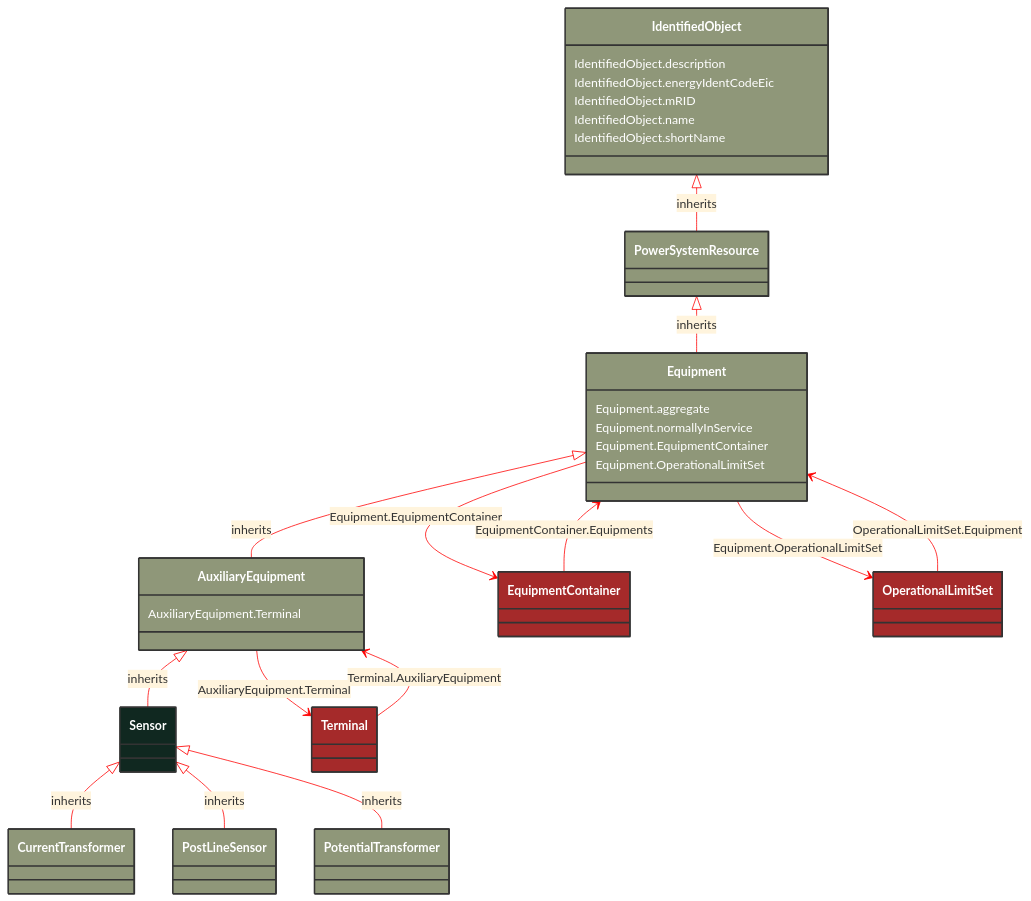
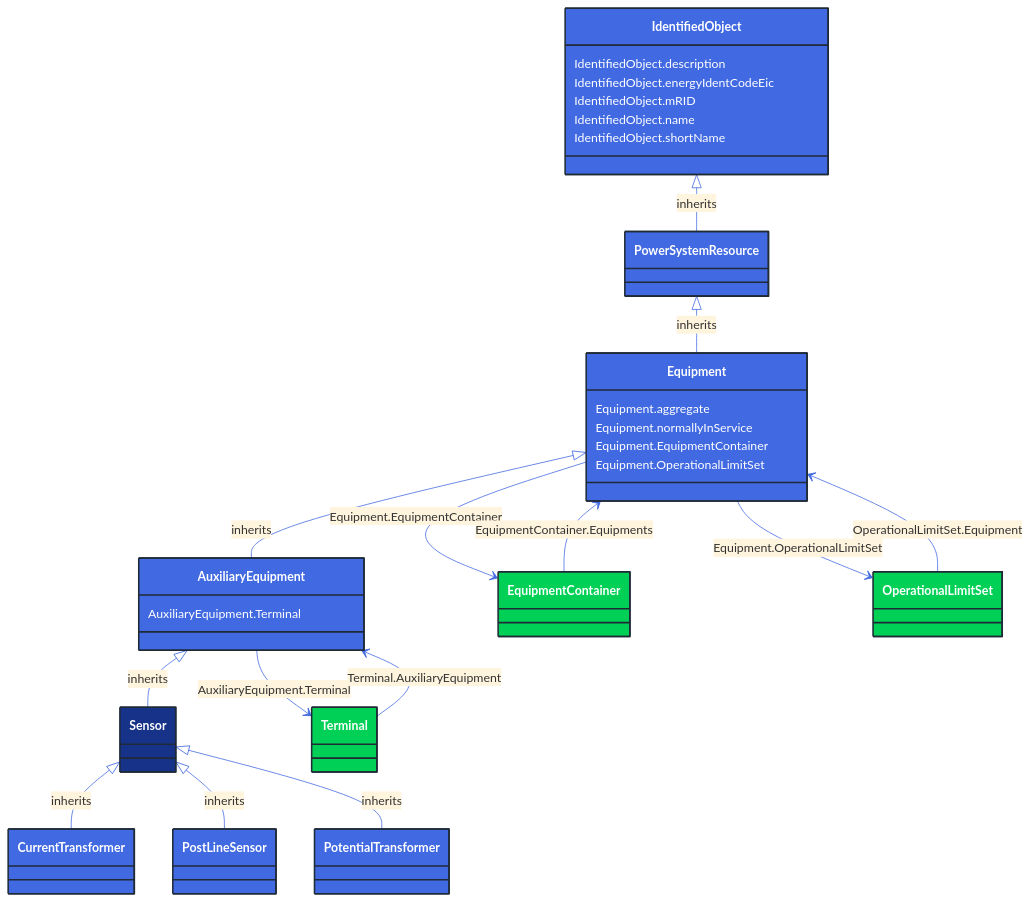
One commit to 3lbits/NoCIMExtensions changed the diagram in docs/Models/Profiles/CoreEquipment/AbstractClasses/Sensor.md. Above: the diagram before and after it, drawn with Mermaid. The commit also changed 362 other files, not shown here.

First line of the commit message:
Update diagrams and styles for improved visual consistency

````diff
--- a/docs/Models/Profiles/CoreEquipment/AbstractClasses/Sensor.md
+++ b/docs/Models/Profiles/CoreEquipment/AbstractClasses/Sensor.md
@@ -10,77 +10,77 @@
 ```mermaid
-%%{init: {'theme':'base','themeVariables': {'lineColor': '#FF0000'}}}%%
+%%{init: {'theme':'base','themeVariables': {'lineColor': '#4169E1'}}}%%
 classDiagram
     class Sensor
     click Sensor href "/Models/Profiles/CoreEquipment/AbstractClasses/Sensor/"
-    style Sensor fill:#102820,stroke:#333,stroke-width:2px,rx:10,ry:10,color:white
+    style Sensor fill:#163289,stroke:#1F2A37,stroke-width:2px,rx:10,ry:10,color:white
 
         Sensor <|-- CurrentTransformer : inherits
 
         CurrentTransformer
             click CurrentTransformer href "/Models/Profiles/CoreEquipment/ConcreteClasses/CurrentTransformer/"
-            style CurrentTransformer fill:#8F9779,stroke:#333,stroke-width:2px,rx:10,ry:10,color:white
+            style CurrentTransformer fill:#4169E1,stroke:#1F2A37,stroke-width:2px,rx:10,ry:10,color:white
 
         Sensor <|-- PostLineSensor : inherits
 
         PostLineSensor
             click PostLineSensor href "/Models/Profiles/CoreEquipment/ConcreteClasses/PostLineSensor/"
-            style PostLineSensor fill:#8F9779,stroke:#333,stroke-width:2px,rx:10,ry:10,color:white
+            style PostLineSensor fill:#4169E1,stroke:#1F2A37,stroke-width:2px,rx:10,ry:10,color:white
 
         Sensor <|-- PotentialTransformer : inherits
 
         PotentialTransformer
             click PotentialTransformer href "/Models/Profiles/CoreEquipment/ConcreteClasses/PotentialTransformer/"
-            style PotentialTransformer fill:#8F9779,stroke:#333,stroke-width:2px,rx:10,ry:10,color:white
+            style PotentialTransformer fill:#4169E1,stroke:#1F2A37,stroke-width:2px,rx:10,ry:10,color:white
      
         AuxiliaryEquipment <|-- Sensor : inherits
             click AuxiliaryEquipment href "/Models/Profiles/CoreEquipment/AbstractClasses/AuxiliaryEquipment/"
-            style AuxiliaryEquipment fill:#8F9779,stroke:#333,stroke-width:2px,rx:10,ry:10,color:white
+            style AuxiliaryEquipment fill:#4169E1,stroke:#1F2A37,stroke-width:2px,rx:10,ry:10,color:white
      
         Equipment <|-- AuxiliaryEquipment : inherits
             click Equipment href "/Models/Profiles/CoreEquipment/AbstractClasses/Equipment/"
-            style Equipment fill:#8F9779,stroke:#333,stroke-width:2px,rx:10,ry:10,color:white
+            style Equipment fill:#4169E1,stroke:#1F2A37,stroke-width:2px,rx:10,ry:10,color:white
      
         PowerSystemResource <|-- Equipment : inherits
             click PowerSystemResource href "/Models/Profiles/CoreEquipment/AbstractClasses/PowerSystemResource/"
-            style PowerSystemResource fill:#8F9779,stroke:#333,stroke-width:2px,rx:10,ry:10,color:white
+            style PowerSystemResource fill:#4169E1,stroke:#1F2A37,stroke-width:2px,rx:10,ry:10,color:white
      
         IdentifiedObject <|-- PowerSystemResource : inherits
             click IdentifiedObject href "/Models/Profiles/CoreEquipment/AbstractClasses/IdentifiedObject/"
-            style IdentifiedObject fill:#8F9779,stroke:#333,stroke-width:2px,rx:10,ry:10,color:white
+            style IdentifiedObject fill:#4169E1,stroke:#1F2A37,stroke-width:2px,rx:10,ry:10,color:white
 
         AuxiliaryEquipment --> Terminal : AuxiliaryEquipment.Terminal
 
         Terminal
             click Terminal href "/Models/Profiles/CoreEquipment/ConcreteClasses/Terminal/"
-            style Terminal fill:#A52A2A,stroke:#333,stroke-width:2px,rx:10,ry:10,color:white
+            style Terminal fill:#00D156,stroke:#1F2A37,stroke-width:2px,rx:10,ry:10,color:white
         Equipment --> EquipmentContainer : Equipment.EquipmentContainer
 
         EquipmentContainer
             click EquipmentContainer href "/Models/Profiles/CoreEquipment/AbstractClasses/EquipmentContainer/"
-            style EquipmentContainer fill:#A52A2A,stroke:#333,stroke-width:2px,rx:10,ry:10,color:white
+            style EquipmentContainer fill:#00D156,stroke:#1F2A37,stroke-width:2px,rx:10,ry:10,color:white
         Equipment --> OperationalLimitSet : Equipment.OperationalLimitSet
 
         OperationalLimitSet
             click OperationalLimitSet href "/Models/Profiles/CoreEquipment/ConcreteClasses/OperationalLimitSet/"
-            style OperationalLimitSet fill:#A52A2A,stroke:#333,stroke-width:2px,rx:10,ry:10,color:white
+            style OperationalLimitSet fill:#00D156,stroke:#1F2A37,stroke-width:2px,rx:10,ry:10,color:white
 
         EquipmentContainer --> Equipment : EquipmentContainer.Equipments
 
         EquipmentContainer
             click EquipmentContainer href "/Models/Profiles/CoreEquipment/AbstractClasses/EquipmentContainer/"
-            style EquipmentContainer fill:#A52A2A,stroke:#333,stroke-width:2px,rx:10,ry:10,color:white
+            style EquipmentContainer fill:#00D156,stroke:#1F2A37,stroke-width:2px,rx:10,ry:10,color:white
 
         OperationalLimitSet --> Equipment : OperationalLimitSet.Equipment
 
         OperationalLimitSet
             click OperationalLimitSet href "/Models/Profiles/CoreEquipment/ConcreteClasses/OperationalLimitSet/"
-            style OperationalLimitSet fill:#A52A2A,stroke:#333,stroke-width:2px,rx:10,ry:10,color:white
+            style OperationalLimitSet fill:#00D156,stroke:#1F2A37,stroke-width:2px,rx:10,ry:10,color:white
 
         Terminal --> AuxiliaryEquipment : Terminal.AuxiliaryEquipment
 
         Terminal
             click Terminal href "/Models/Profiles/CoreEquipment/ConcreteClasses/Terminal/"
-            style Terminal fill:#A52A2A,stroke:#333,stroke-width:2px,rx:10,ry:10,color:white
+            style Terminal fill:#00D156,stroke:#1F2A37,stroke-width:2px,rx:10,ry:10,color:white
 
 
         AuxiliaryEquipment : AuxiliaryEquipment.Terminal
````
